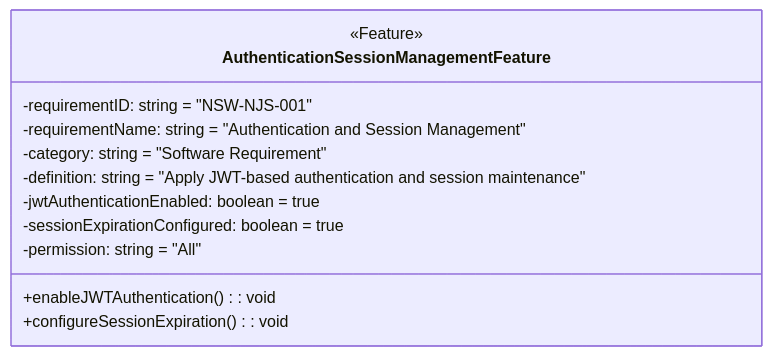
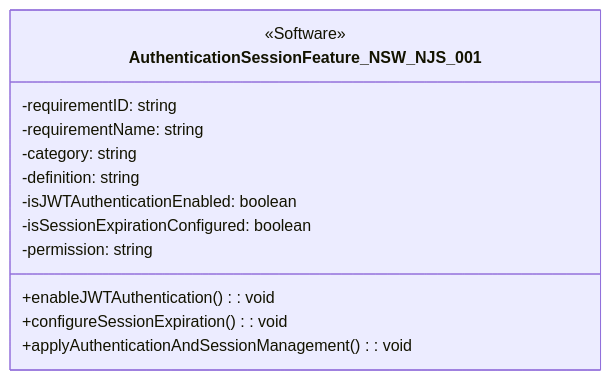
One commit to sun922/University-SoftwareDesign changed diagram 23 of 32 in 1. Requirement Analysis/Software Requirements Specification.md. Above: the diagram before and after it, drawn with Mermaid. The commit also changed other lines of this file, not shown here.

First line of the commit message:
Update Software Requirements Specification.md

````diff
--- a/1. Requirement Analysis/Software Requirements Specification.md
+++ b/1. Requirement Analysis/Software Requirements Specification.md
@@ -696,17 +705,17 @@
 ```mermaid
 classDiagram
-    class AuthenticationSessionManagementFeature {
-        <<Feature>>
-        -requirementID: string = "NSW-NJS-001"
-        -requirementName: string = "Authentication and Session Management"
-        -category: string = "Software Requirement"
-        -definition: string = "Apply JWT-based authentication and session maintenance"
-        -jwtAuthenticationEnabled: boolean = true
-        -sessionExpirationConfigured: boolean = true
-        -permission: string = "All"
+    class AuthenticationSessionFeature_NSW_NJS_001 {
+        <<Software>>
+        -requirementID: string
+        -requirementName: string
+        -category: string
+        -definition: string
+        -isJWTAuthenticationEnabled: boolean
+        -isSessionExpirationConfigured: boolean
+        -permission: string
 
         +enableJWTAuthentication(): void
         +configureSessionExpiration(): void
+        +applyAuthenticationAndSessionManagement(): void
     }
-
 ```
````
